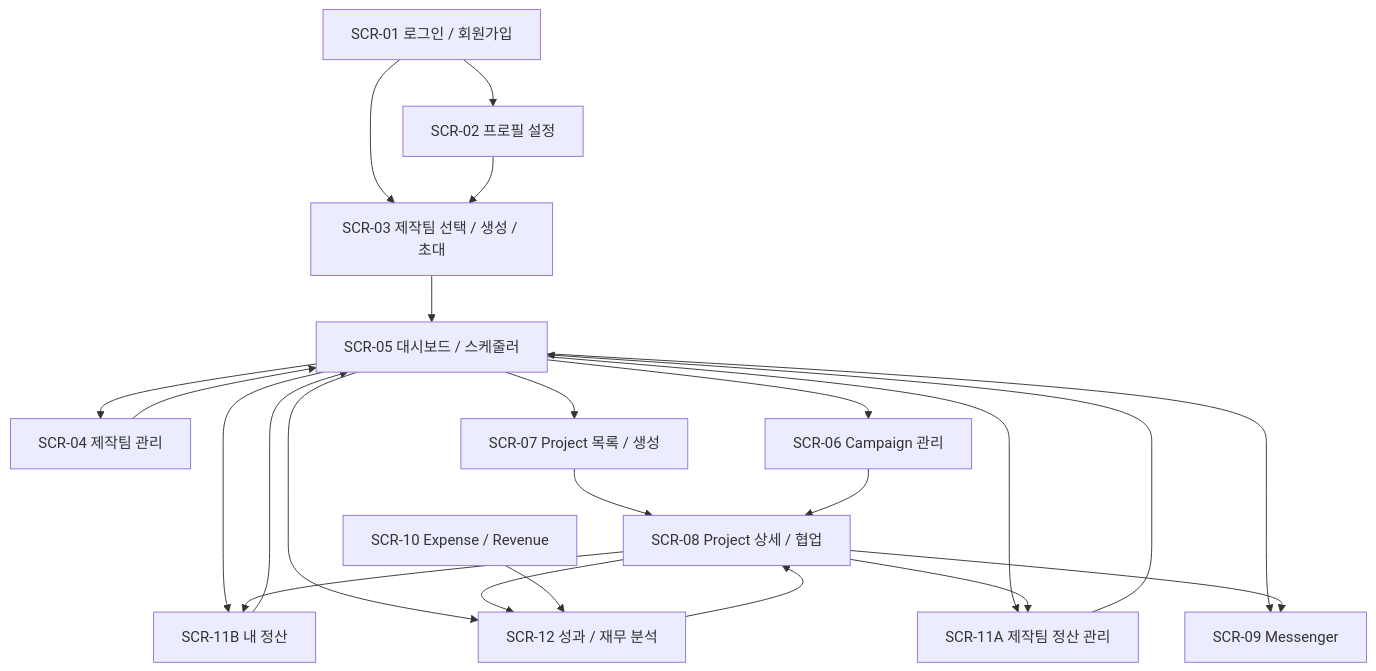
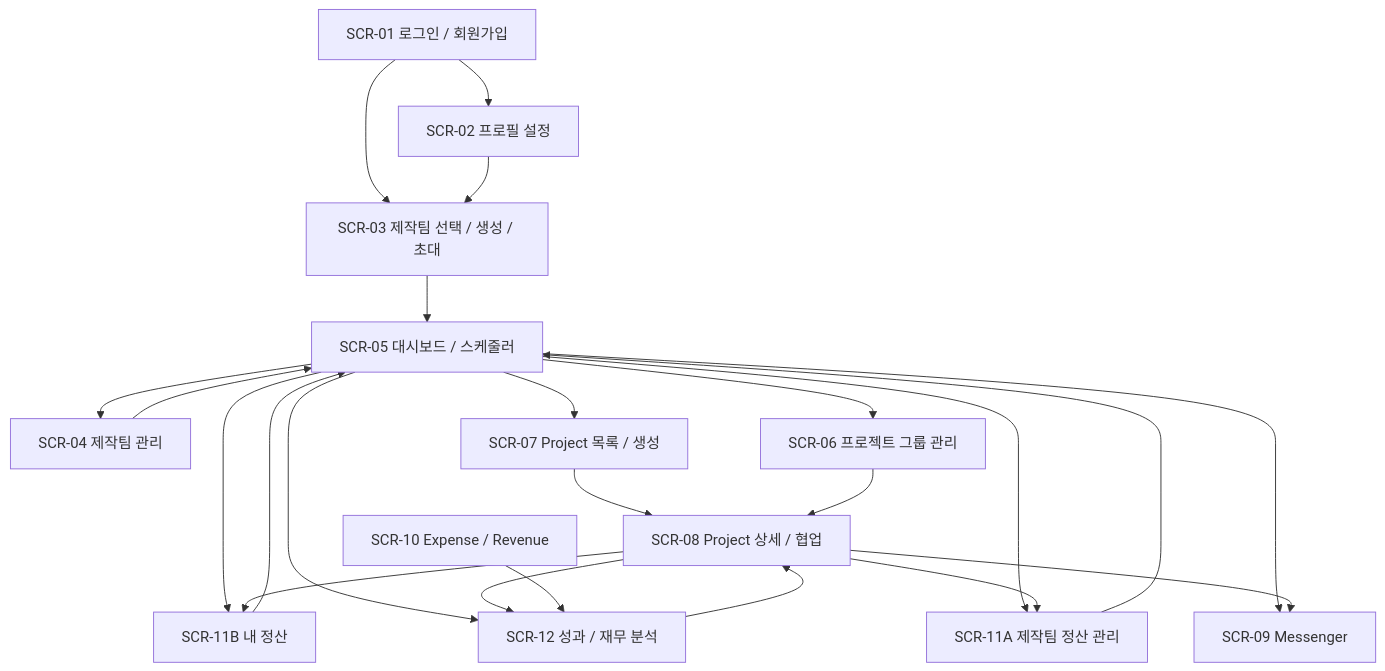
One commit to heebaek200/yms-project changed the diagram in docs/design/화면 설계.md. Above: the diagram before and after it, drawn with Mermaid. The commit also changed other lines of this file and 23 other files, not shown here.

Commit message:
#46 [SCR-06] Campaign 관리 화면 구현

````diff
--- a/docs/design/화면 설계.md
+++ b/docs/design/화면 설계.md
@@ -1229,42 +1264,42 @@
 ```mermaid
 flowchart TD
     A[SCR-01 로그인 / 회원가입]
     B[SCR-02 프로필 설정]
     C[SCR-03 제작팀 선택 / 생성 / 초대]
     D[SCR-05 대시보드 / 스케줄러]
     E[SCR-04 제작팀 관리]
-    F[SCR-06 Campaign 관리]
+    F[SCR-06 프로젝트 그룹 관리]
     G[SCR-07 Project 목록 / 생성]
     H[SCR-08 Project 상세 / 협업]
     I[SCR-09 Messenger]
     J[SCR-10 Expense / Revenue]
     K1[SCR-11A 제작팀 정산 관리]
     K2[SCR-11B 내 정산]
     L[SCR-12 성과 / 재무 분석]
 
     A --> B
     A --> C
     B --> C
     C --> D
 
     D --> E
     D --> F
     D --> G
     D --> I
     D --> K1
     D --> K2
     D --> L
 
     G --> H
     F --> H
     H --> I
     H --> K1
     H --> K2
     H --> L
 
     E --> D
     J --> L
     K1 --> D
     K2 --> D
     L --> H
 ```
````
